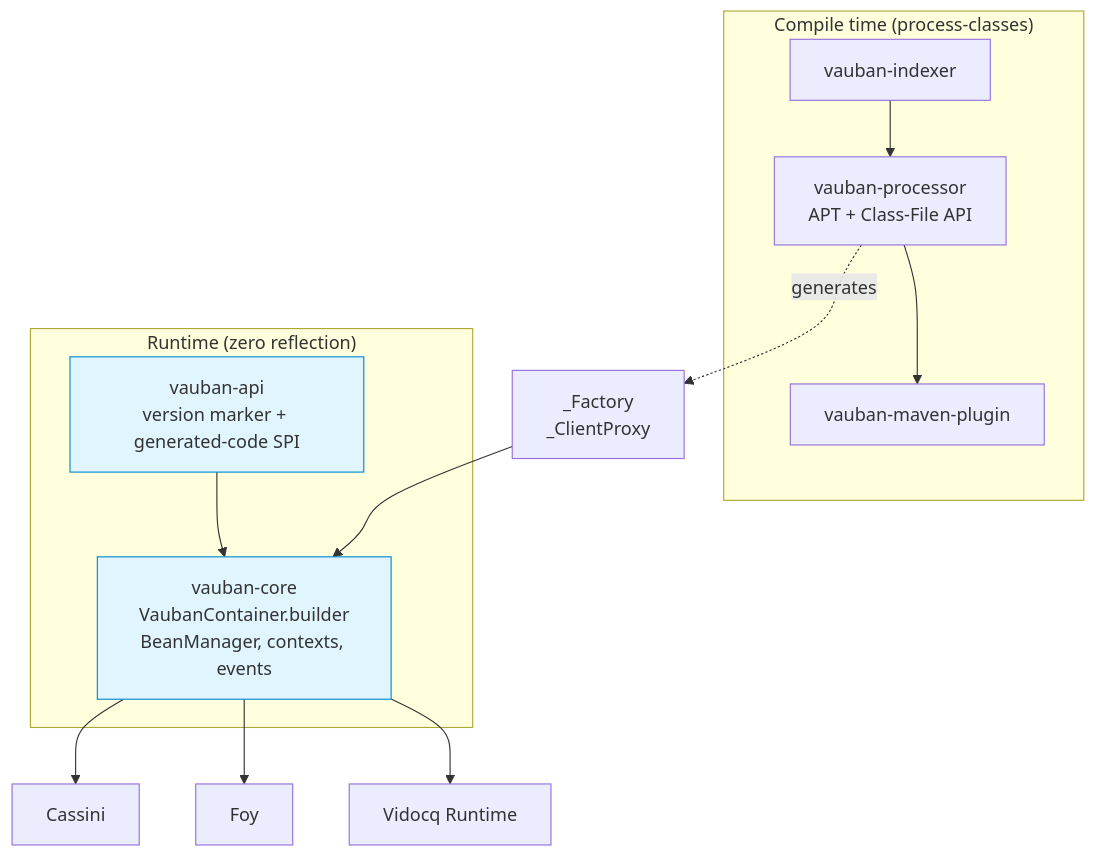
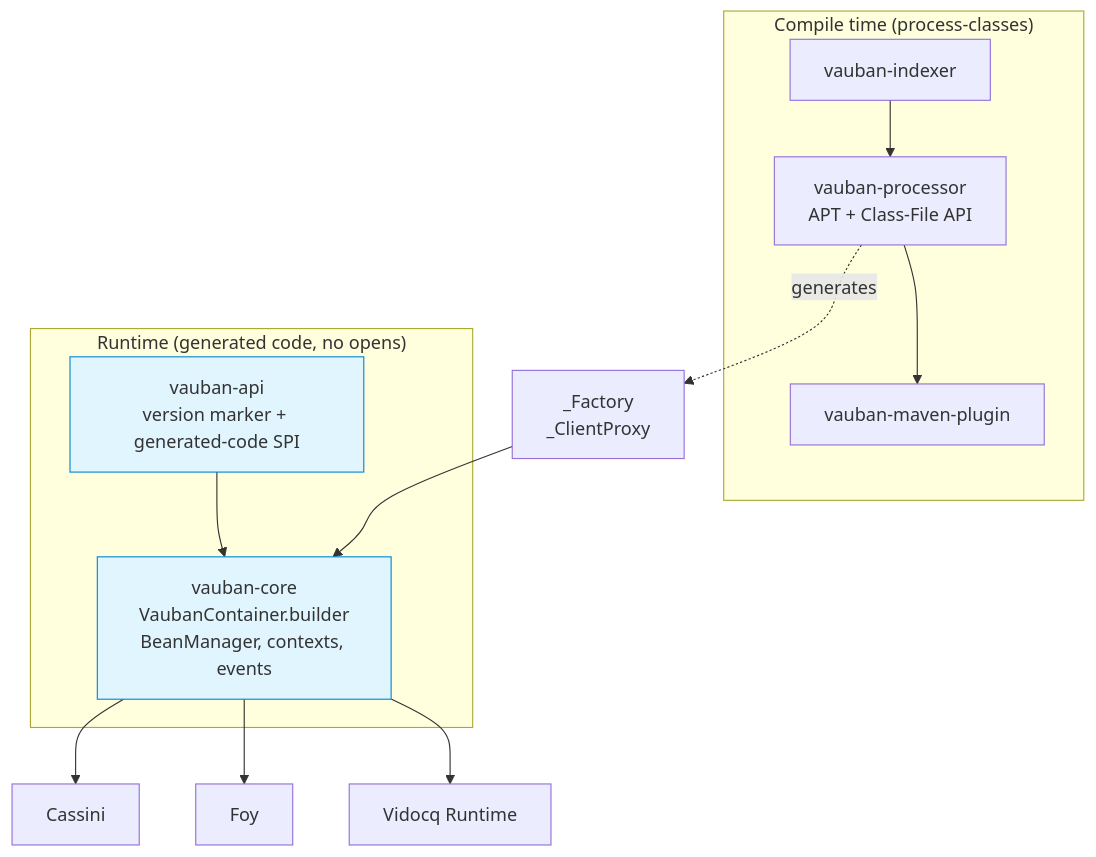
Before and after one commit to vidocq-stack/vauban: the diagram in docs/en/modules/ROOT/pages/index.adoc, drawn with Mermaid. The commit also changed other lines of this file and 5 other files, not shown here.

```diff
--- a/docs/en/modules/ROOT/pages/index.adoc
+++ b/docs/en/modules/ROOT/pages/index.adoc
@@ -41,23 +41,23 @@
 [mermaid]
 ....
 graph TB
   subgraph Build["Compile time (process-classes)"]
     IDX[vauban-indexer]
     PROC[vauban-processor<br/>APT + Class-File API]
     PLUGIN[vauban-maven-plugin]
     IDX --> PROC
     PROC --> PLUGIN
   end
-  subgraph Runtime["Runtime (zero reflection)"]
+  subgraph Runtime["Runtime (generated code, no opens)"]
     API[vauban-api<br/>version marker + generated-code SPI]
     CORE[vauban-core<br/>VaubanContainer.builder<br/>BeanManager, contexts, events]
     API --> CORE
   end
   PROC -.generates.-> FACT[_Factory<br/>_ClientProxy]
   FACT --> CORE
   CORE --> CASSINI[Cassini]
   CORE --> FOY[Foy]
   CORE --> MPS[Vidocq Runtime]
   classDef rt fill:#e1f5fe,stroke:#0288d1
   class CORE,API rt
 ....
```
